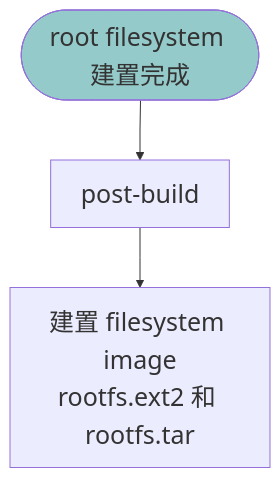
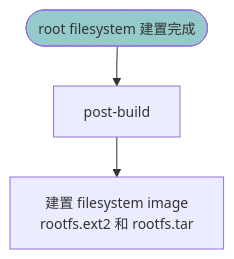
The diagram in doc/reference/post-build-script.md (Jingyu1998/Buildroot-Custom-Image-Generation), drawn with Mermaid before and after one commit.

Commit message:
Update post-build-script.md
Edit the "nodespace" and "fontsize" of pipeline picture

````diff
--- a/doc/reference/post-build-script.md
+++ b/doc/reference/post-build-script.md
@@ -23,25 +23,25 @@
 ```mermaid
 %%{init: {
   'flowchart': { 
     'nodeSpacing': 40, 
-    'rankSpacing': 60,
+    'rankSpacing': 40,
     'curve': 'linear'
   },
   'themeVariables': {
-    'fontSize': '25px',
+    'fontSize': '14px',
     'fontFamily': 'monospace'
   }
 }}%%
 flowchart TD
     %% Define Styles
     classDef Prerequisites fill:#95CACA
     classDef Image fill:#C2C287
 
     %% Nodes
     string1(["root filesystem 建置完成"]):::Prerequisites
     string2["post-build"]
     string3["建置 filesystem image<br/>rootfs.ext2 和 rootfs.tar"]
 
     %% Connection
     string1 --> string2 --> string3 
 ```
````
